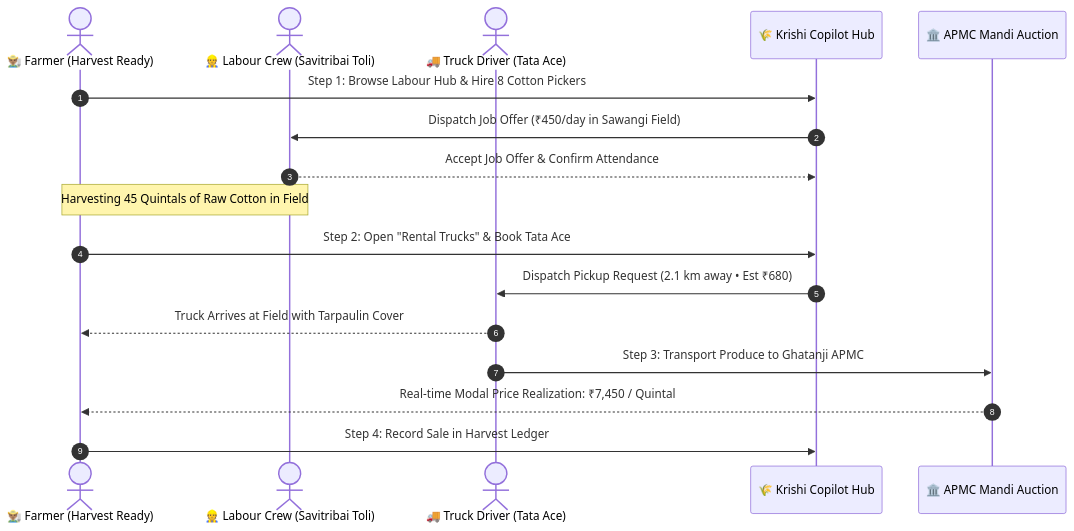
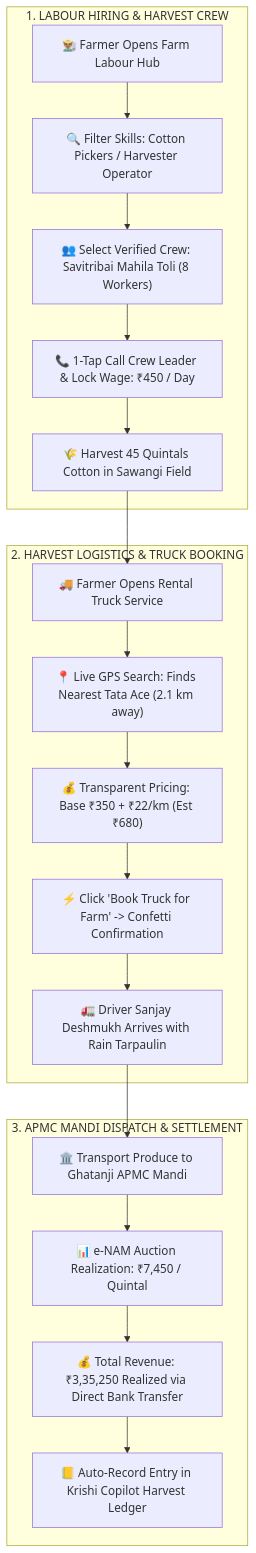
Before and after one commit to lucyyy01/krishi: the sixth of 6 diagrams in README.md, drawn with Mermaid. The commit also changed other lines of this file, not shown here.

Commit message:
docs: add enterprise-grade C4 diagrams, ERD, and mathematical models to README.md

````diff
--- a/README.md
+++ b/README.md
@@ -234,23 +340,24 @@
 ```mermaid
-sequenceDiagram
-    autonumber
-    actor Farmer as 👨🏽‍🌾 Farmer (Harvest Ready)
-    actor Worker as 👷 Labour Crew (Savitribai Toli)
-    actor Driver as 🚚 Truck Driver (Tata Ace)
-    participant Platform as 🌾 Krishi Copilot Hub
-    participant Mandi as 🏛️ APMC Mandi Auction
+flowchart TD
+    subgraph STAGE_1 ["1. LABOUR HIRING & HARVEST CREW"]
+        H1["👨🏽‍🌾 Farmer Opens Farm Labour Hub"] --> H2["🔍 Filter Skills: Cotton Pickers / Harvester Operator"]
+        H2 --> H3["👥 Select Verified Crew: Savitribai Mahila Toli (8 Workers)"]
+        H3 --> H4["📞 1-Tap Call Crew Leader & Lock Wage: ₹450 / Day"]
+        H4 --> H5["🌾 Harvest 45 Quintals Cotton in Sawangi Field"]
+    end
 
-    Farmer->>Platform: Step 1: Browse Labour Hub & Hire 8 Cotton Pickers
-    Platform->>Worker: Dispatch Job Offer (₹450/day in Sawangi Field)
-    Worker-->>Platform: Accept Job Offer & Confirm Attendance
-    
-    Note over Farmer,Worker: Harvesting 45 Quintals of Raw Cotton in Field
+    subgraph STAGE_2 ["2. HARVEST LOGISTICS & TRUCK BOOKING"]
+        H5 --> T1["🚚 Farmer Opens Rental Truck Service"]
+        T1 --> T2["📍 Live GPS Search: Finds Nearest Tata Ace (2.1 km away)"]
+        T2 --> T3["💰 Transparent Pricing: Base ₹350 + ₹22/km (Est ₹680)"]
+        T3 --> T4["⚡ Click 'Book Truck for Farm' -> Confetti Confirmation"]
+        T4 --> T5["🚛 Driver Sanjay Deshmukh Arrives with Rain Tarpaulin"]
+    end
 
-    Farmer->>Platform: Step 2: Open "Rental Trucks" & Book Tata Ace
-    Platform->>Driver: Dispatch Pickup Request (2.1 km away • Est ₹680)
-    Driver-->>Farmer: Truck Arrives at Field with Tarpaulin Cover
-    
-    Driver->>Mandi: Step 3: Transport Produce to Ghatanji APMC
-    Mandi-->>Farmer: Real-time Modal Price Realization: ₹7,450 / Quintal
-    Farmer->>Platform: Step 4: Record Sale in Harvest Ledger
+    subgraph STAGE_3 ["3. APMC MANDI DISPATCH & SETTLEMENT"]
+        T5 --> M1["🏛️ Transport Produce to Ghatanji APMC Mandi"]
+        M1 --> M2["📊 e-NAM Auction Realization: ₹7,450 / Quintal"]
+        M2 --> M3["💰 Total Revenue: ₹3,35,250 Realized via Direct Bank Transfer"]
+        M3 --> M4["📒 Auto-Record Entry in Krishi Copilot Harvest Ledger"]
+    end
 ```
````
